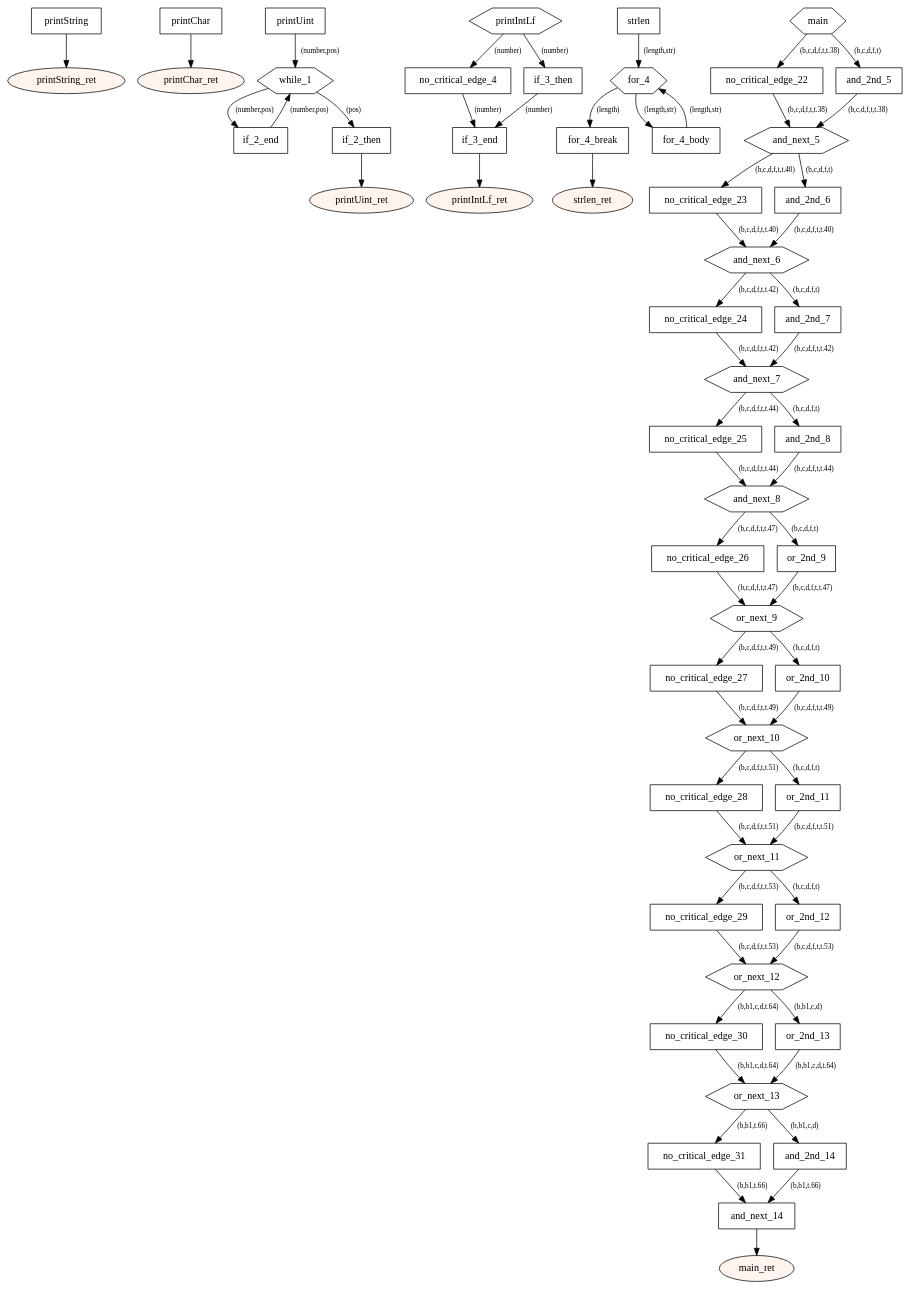
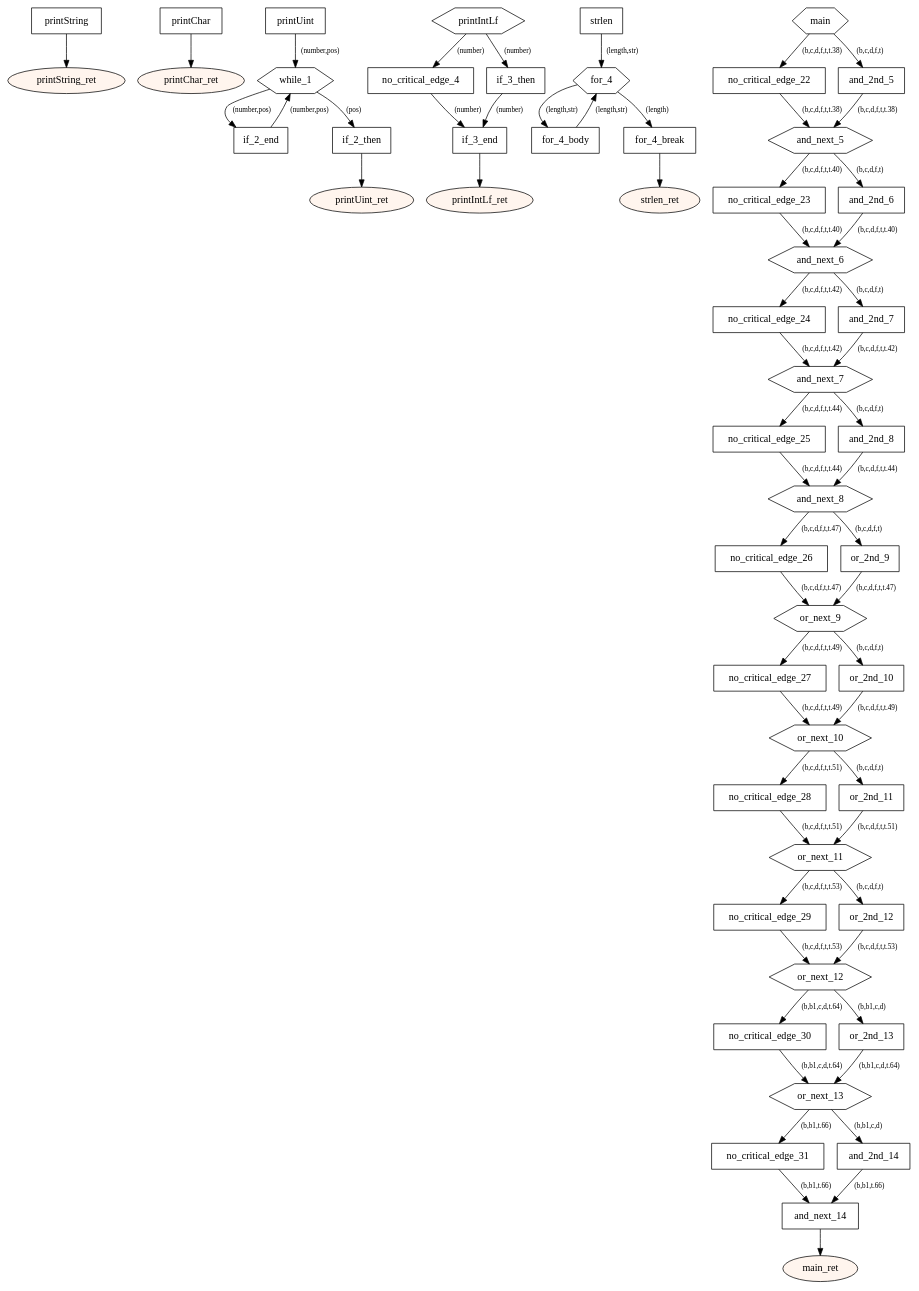
The diagram in src/main/resources-test/10 operators.dot (tmssngr/tinyC), drawn with Graphviz before and after one commit. The commit also changed other lines of this file and 63 other files, not shown here.

```diff
--- a/src/main/resources-test/10 operators.dot
+++ b/src/main/resources-test/10 operators.dot
@@ -1,124 +1,124 @@
 digraph program {
 	edge[fontsize="10pt"];
 	subgraph fn_printString {
 		BasicBlock_0_printString [label="printString",shape=box];
 		BasicBlock_0_printString -> BasicBlock_0_printString_ret;
 		BasicBlock_0_printString_ret [label="printString_ret",shape=oval,style=filled,fillcolor="#fff5ee"];
 	}
 	subgraph fn_printChar {
 		BasicBlock_1_printChar [label="printChar",shape=box];
 		BasicBlock_1_printChar -> BasicBlock_1_printChar_ret;
 		BasicBlock_1_printChar_ret [label="printChar_ret",shape=oval,style=filled,fillcolor="#fff5ee"];
 	}
 	subgraph fn_printUint {
 		BasicBlock_2_printUint [label="printUint",shape=box];
 		BasicBlock_2_printUint -> BasicBlock_2_while_1 [label="(number,pos)"];
+		BasicBlock_2_if_2_end [label="if_2_end",shape=box];
+		BasicBlock_2_if_2_end -> BasicBlock_2_while_1 [label="(number,pos)"];
 		BasicBlock_2_while_1 [label="while_1",shape=hexagon];
 		BasicBlock_2_while_1 -> BasicBlock_2_if_2_end [label="(number,pos)"];
 		BasicBlock_2_while_1 -> BasicBlock_2_if_2_then [label="(pos)"];
-		BasicBlock_2_if_2_end [label="if_2_end",shape=box];
-		BasicBlock_2_if_2_end -> BasicBlock_2_while_1 [label="(number,pos)"];
 		BasicBlock_2_if_2_then [label="if_2_then",shape=box];
 		BasicBlock_2_if_2_then -> BasicBlock_2_printUint_ret;
 		BasicBlock_2_printUint_ret [label="printUint_ret",shape=oval,style=filled,fillcolor="#fff5ee"];
 	}
 	subgraph fn_printIntLf {
 		BasicBlock_3_printIntLf [label="printIntLf",shape=hexagon];
 		BasicBlock_3_printIntLf -> BasicBlock_3_no_critical_edge_4 [label="(number)"];
 		BasicBlock_3_printIntLf -> BasicBlock_3_if_3_then [label="(number)"];
 		BasicBlock_3_no_critical_edge_4 [label="no_critical_edge_4",shape=box];
 		BasicBlock_3_no_critical_edge_4 -> BasicBlock_3_if_3_end [label="(number)"];
 		BasicBlock_3_if_3_then [label="if_3_then",shape=box];
 		BasicBlock_3_if_3_then -> BasicBlock_3_if_3_end [label="(number)"];
 		BasicBlock_3_if_3_end [label="if_3_end",shape=box];
 		BasicBlock_3_if_3_end -> BasicBlock_3_printIntLf_ret;
 		BasicBlock_3_printIntLf_ret [label="printIntLf_ret",shape=oval,style=filled,fillcolor="#fff5ee"];
 	}
 	subgraph fn_strlen {
 		BasicBlock_4_strlen [label="strlen",shape=box];
 		BasicBlock_4_strlen -> BasicBlock_4_for_4 [label="(length,str)"];
+		BasicBlock_4_for_4_body [label="for_4_body",shape=box];
+		BasicBlock_4_for_4_body -> BasicBlock_4_for_4 [label="(length,str)"];
 		BasicBlock_4_for_4 [label="for_4",shape=hexagon];
 		BasicBlock_4_for_4 -> BasicBlock_4_for_4_break [label="(length)"];
 		BasicBlock_4_for_4 -> BasicBlock_4_for_4_body [label="(length,str)"];
-		BasicBlock_4_for_4_body [label="for_4_body",shape=box];
-		BasicBlock_4_for_4_body -> BasicBlock_4_for_4 [label="(length,str)"];
 		BasicBlock_4_for_4_break [label="for_4_break",shape=box];
 		BasicBlock_4_for_4_break -> BasicBlock_4_strlen_ret;
 		BasicBlock_4_strlen_ret [label="strlen_ret",shape=oval,style=filled,fillcolor="#fff5ee"];
 	}
 	subgraph fn_main {
 		BasicBlock_5_main [label="main",shape=hexagon];
 		BasicBlock_5_main -> BasicBlock_5_no_critical_edge_22 [label="(b,c,d,f,t,t.38)"];
 		BasicBlock_5_main -> BasicBlock_5_and_2nd_5 [label="(b,c,d,f,t)"];
 		BasicBlock_5_no_critical_edge_22 [label="no_critical_edge_22",shape=box];
 		BasicBlock_5_no_critical_edge_22 -> BasicBlock_5_and_next_5 [label="(b,c,d,f,t,t.38)"];
 		BasicBlock_5_and_2nd_5 [label="and_2nd_5",shape=box];
 		BasicBlock_5_and_2nd_5 -> BasicBlock_5_and_next_5 [label="(b,c,d,f,t,t.38)"];
 		BasicBlock_5_and_next_5 [label="and_next_5",shape=hexagon];
 		BasicBlock_5_and_next_5 -> BasicBlock_5_no_critical_edge_23 [label="(b,c,d,f,t,t.40)"];
 		BasicBlock_5_and_next_5 -> BasicBlock_5_and_2nd_6 [label="(b,c,d,f,t)"];
 		BasicBlock_5_no_critical_edge_23 [label="no_critical_edge_23",shape=box];
 		BasicBlock_5_no_critical_edge_23 -> BasicBlock_5_and_next_6 [label="(b,c,d,f,t,t.40)"];
 		BasicBlock_5_and_2nd_6 [label="and_2nd_6",shape=box];
 		BasicBlock_5_and_2nd_6 -> BasicBlock_5_and_next_6 [label="(b,c,d,f,t,t.40)"];
 		BasicBlock_5_and_next_6 [label="and_next_6",shape=hexagon];
 		BasicBlock_5_and_next_6 -> BasicBlock_5_no_critical_edge_24 [label="(b,c,d,f,t,t.42)"];
 		BasicBlock_5_and_next_6 -> BasicBlock_5_and_2nd_7 [label="(b,c,d,f,t)"];
 		BasicBlock_5_no_critical_edge_24 [label="no_critical_edge_24",shape=box];
 		BasicBlock_5_no_critical_edge_24 -> BasicBlock_5_and_next_7 [label="(b,c,d,f,t,t.42)"];
 		BasicBlock_5_and_2nd_7 [label="and_2nd_7",shape=box];
 		BasicBlock_5_and_2nd_7 -> BasicBlock_5_and_next_7 [label="(b,c,d,f,t,t.42)"];
 		BasicBlock_5_and_next_7 [label="and_next_7",shape=hexagon];
 		BasicBlock_5_and_next_7 -> BasicBlock_5_no_critical_edge_25 [label="(b,c,d,f,t,t.44)"];
 		BasicBlock_5_and_next_7 -> BasicBlock_5_and_2nd_8 [label="(b,c,d,f,t)"];
 		BasicBlock_5_no_critical_edge_25 [label="no_critical_edge_25",shape=box];
 		BasicBlock_5_no_critical_edge_25 -> BasicBlock_5_and_next_8 [label="(b,c,d,f,t,t.44)"];
 		BasicBlock_5_and_2nd_8 [label="and_2nd_8",shape=box];
 		BasicBlock_5_and_2nd_8 -> BasicBlock_5_and_next_8 [label="(b,c,d,f,t,t.44)"];
 		BasicBlock_5_and_next_8 [label="and_next_8",shape=hexagon];
 		BasicBlock_5_and_next_8 -> BasicBlock_5_no_critical_edge_26 [label="(b,c,d,f,t,t.47)"];
 		BasicBlock_5_and_next_8 -> BasicBlock_5_or_2nd_9 [label="(b,c,d,f,t)"];
 		BasicBlock_5_no_critical_edge_26 [label="no_critical_edge_26",shape=box];
 		BasicBlock_5_no_critical_edge_26 -> BasicBlock_5_or_next_9 [label="(b,c,d,f,t,t.47)"];
 		BasicBlock_5_or_2nd_9 [label="or_2nd_9",shape=box];
 		BasicBlock_5_or_2nd_9 -> BasicBlock_5_or_next_9 [label="(b,c,d,f,t,t.47)"];
 		BasicBlock_5_or_next_9 [label="or_next_9",shape=hexagon];
 		BasicBlock_5_or_next_9 -> BasicBlock_5_no_critical_edge_27 [label="(b,c,d,f,t,t.49)"];
 		BasicBlock_5_or_next_9 -> BasicBlock_5_or_2nd_10 [label="(b,c,d,f,t)"];
 		BasicBlock_5_no_critical_edge_27 [label="no_critical_edge_27",shape=box];
 		BasicBlock_5_no_critical_edge_27 -> BasicBlock_5_or_next_10 [label="(b,c,d,f,t,t.49)"];
 		BasicBlock_5_or_2nd_10 [label="or_2nd_10",shape=box];
 		BasicBlock_5_or_2nd_10 -> BasicBlock_5_or_next_10 [label="(b,c,d,f,t,t.49)"];
 		BasicBlock_5_or_next_10 [label="or_next_10",shape=hexagon];
 		BasicBlock_5_or_next_10 -> BasicBlock_5_no_critical_edge_28 [label="(b,c,d,f,t,t.51)"];
 		BasicBlock_5_or_next_10 -> BasicBlock_5_or_2nd_11 [label="(b,c,d,f,t)"];
 		BasicBlock_5_no_critical_edge_28 [label="no_critical_edge_28",shape=box];
 		BasicBlock_5_no_critical_edge_28 -> BasicBlock_5_or_next_11 [label="(b,c,d,f,t,t.51)"];
 		BasicBlock_5_or_2nd_11 [label="or_2nd_11",shape=box];
 		BasicBlock_5_or_2nd_11 -> BasicBlock_5_or_next_11 [label="(b,c,d,f,t,t.51)"];
 		BasicBlock_5_or_next_11 [label="or_next_11",shape=hexagon];
 		BasicBlock_5_or_next_11 -> BasicBlock_5_no_critical_edge_29 [label="(b,c,d,f,t,t.53)"];
 		BasicBlock_5_or_next_11 -> BasicBlock_5_or_2nd_12 [label="(b,c,d,f,t)"];
 		BasicBlock_5_no_critical_edge_29 [label="no_critical_edge_29",shape=box];
 		BasicBlock_5_no_critical_edge_29 -> BasicBlock_5_or_next_12 [label="(b,c,d,f,t,t.53)"];
 		BasicBlock_5_or_2nd_12 [label="or_2nd_12",shape=box];
 		BasicBlock_5_or_2nd_12 -> BasicBlock_5_or_next_12 [label="(b,c,d,f,t,t.53)"];
 		BasicBlock_5_or_next_12 [label="or_next_12",shape=hexagon];
 		BasicBlock_5_or_next_12 -> BasicBlock_5_no_critical_edge_30 [label="(b,b1,c,d,t.64)"];
 		BasicBlock_5_or_next_12 -> BasicBlock_5_or_2nd_13 [label="(b,b1,c,d)"];
 		BasicBlock_5_no_critical_edge_30 [label="no_critical_edge_30",shape=box];
 		BasicBlock_5_no_critical_edge_30 -> BasicBlock_5_or_next_13 [label="(b,b1,c,d,t.64)"];
 		BasicBlock_5_or_2nd_13 [label="or_2nd_13",shape=box];
 		BasicBlock_5_or_2nd_13 -> BasicBlock_5_or_next_13 [label="(b,b1,c,d,t.64)"];
 		BasicBlock_5_or_next_13 [label="or_next_13",shape=hexagon];
 		BasicBlock_5_or_next_13 -> BasicBlock_5_no_critical_edge_31 [label="(b,b1,t.66)"];
 		BasicBlock_5_or_next_13 -> BasicBlock_5_and_2nd_14 [label="(b,b1,c,d)"];
 		BasicBlock_5_no_critical_edge_31 [label="no_critical_edge_31",shape=box];
 		BasicBlock_5_no_critical_edge_31 -> BasicBlock_5_and_next_14 [label="(b,b1,t.66)"];
 		BasicBlock_5_and_2nd_14 [label="and_2nd_14",shape=box];
 		BasicBlock_5_and_2nd_14 -> BasicBlock_5_and_next_14 [label="(b,b1,t.66)"];
 		BasicBlock_5_and_next_14 [label="and_next_14",shape=box];
 		BasicBlock_5_and_next_14 -> BasicBlock_5_main_ret;
 		BasicBlock_5_main_ret [label="main_ret",shape=oval,style=filled,fillcolor="#fff5ee"];
 	}
 }
```
